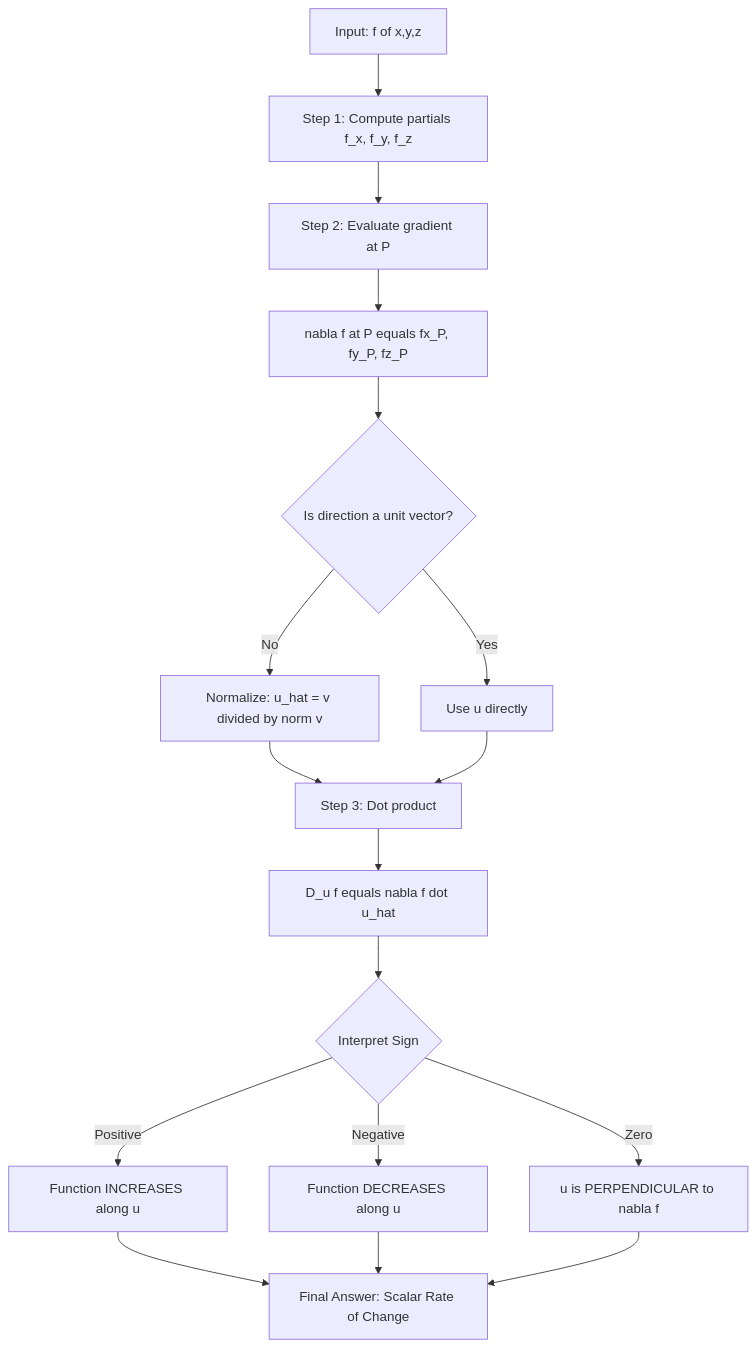
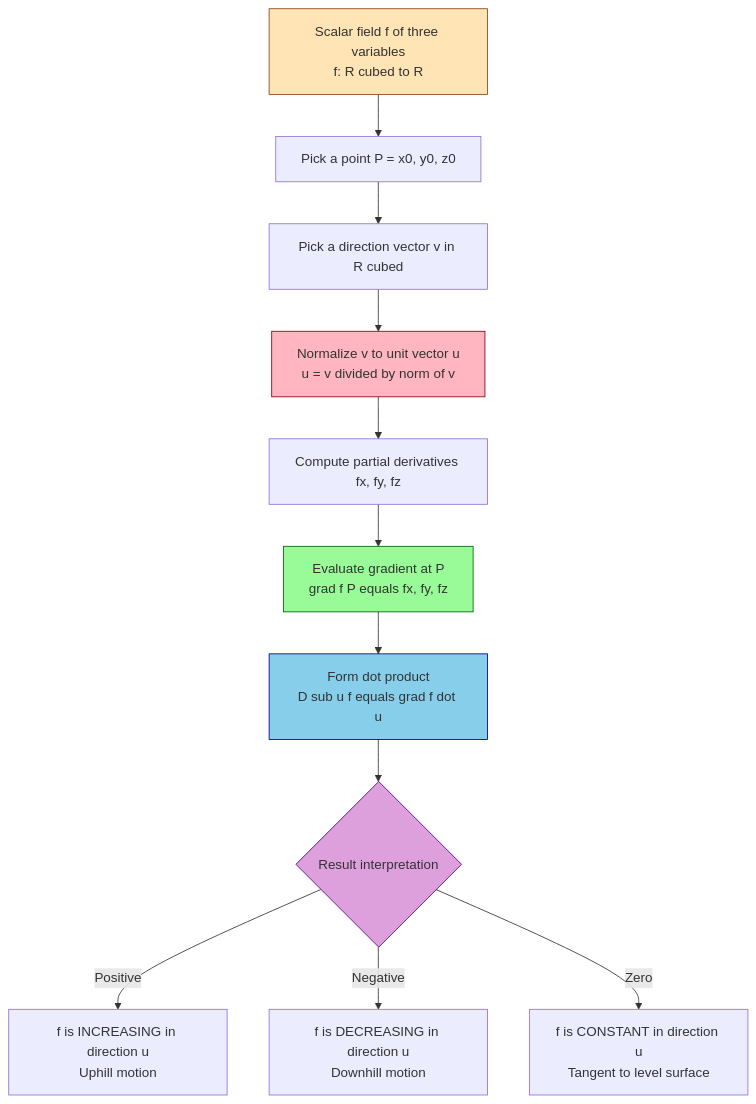
Before and after one commit to vishnuu-kr/ktunode: the first of 5 diagrams in public/notes/computer-science-and-engineering/semester-1/gamat101-mathematics-for-information-science-1/03-module-3-the-chain-rule-functions-of-three-variables/interpretation-of-the-directional-derivative/notes.md, drawn with Mermaid. The commit also changed other lines of this file and 4829 other files, not shown here.

````diff
--- a/public/notes/computer-science-and-engineering/semester-1/gamat101-mathematics-for-information-science-1/03-module-3-the-chain-rule-functions-of-three-variables/interpretation-of-the-directional-derivative/notes.md
+++ b/public/notes/computer-science-and-engineering/semester-1/gamat101-mathematics-for-information-science-1/03-module-3-the-chain-rule-functions-of-three-variables/interpretation-of-the-directional-derivative/notes.md
@@ -373,19 +284,19 @@
 ```mermaid
 flowchart TD
-    A["Input: f of x,y,z"] --> B["Step 1: Compute partials f_x, f_y, f_z"]
-    B --> C["Step 2: Evaluate gradient at P"]
-    C --> D["nabla f at P equals fx_P, fy_P, fz_P"]
-    D --> E{"Is direction a unit vector?"}
-    E -- "No" --> F["Normalize: u_hat = v divided by norm v"]
-    E -- "Yes" --> G["Use u directly"]
-    F --> H["Step 3: Dot product"]
-    G --> H["Step 3: Dot product"]
-    H --> I["D_u f equals nabla f dot u_hat"]
-    I --> J{"Interpret Sign"}
-    J -- "Positive" --> K["Function INCREASES along u"]
-    J -- "Negative" --> L["Function DECREASES along u"]
-    J -- "Zero" --> M["u is PERPENDICULAR to nabla f"]
-    K --> N["Final Answer: Scalar Rate of Change"]
-    L --> N
-    M --> N
+    A[Scalar field f of three variables<br/>f: R cubed to R] --> B[Pick a point P = x0, y0, z0]
+    B --> C[Pick a direction vector v in R cubed]
+    C --> D[Normalize v to unit vector u<br/>u = v divided by norm of v]
+    D --> E[Compute partial derivatives fx, fy, fz]
+    E --> F[Evaluate gradient at P<br/>grad f P equals fx, fy, fz]
+    F --> G[Form dot product<br/>D sub u f equals grad f dot u]
+    G --> H{Result interpretation}
+    H -->|Positive| I[f is INCREASING in direction u<br/>Uphill motion]
+    H -->|Negative| J[f is DECREASING in direction u<br/>Downhill motion]
+    H -->|Zero| K[f is CONSTANT in direction u<br/>Tangent to level surface]
+
+    style A fill:#FFE4B5,stroke:#8B4513
+    style D fill:#FFB6C1,stroke:#8B0000
+    style F fill:#98FB98,stroke:#006400
+    style G fill:#87CEEB,stroke:#00008B
+    style H fill:#DDA0DD,stroke:#4B0082
 ```
````
